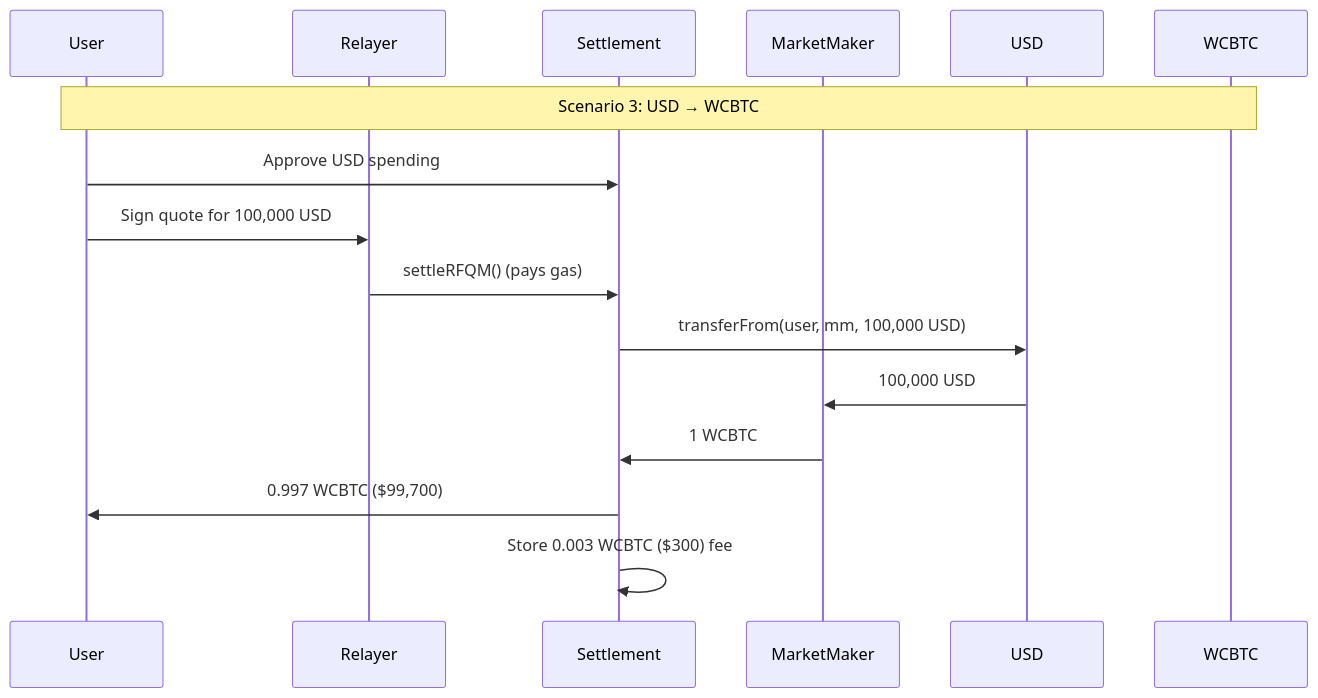
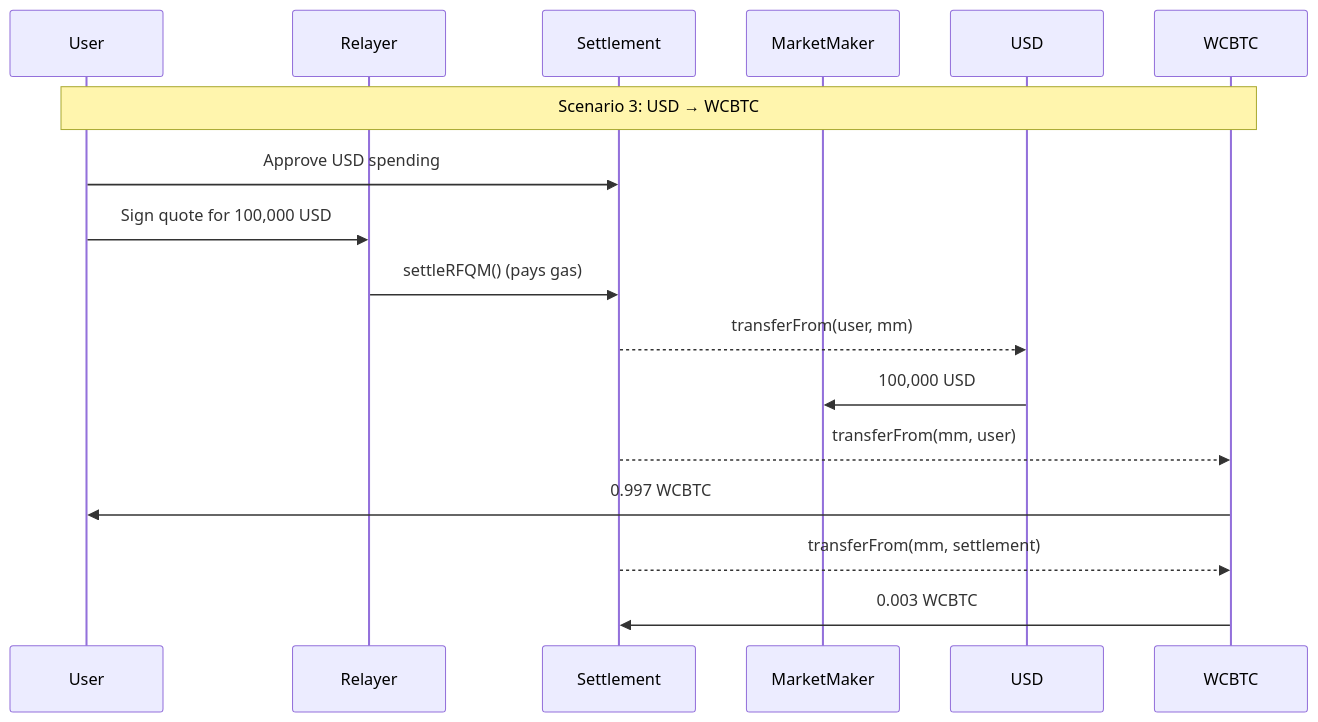
The fourth of 4 diagrams in trading/rfqm.mdx (crest-bitcoin/docs), drawn with Mermaid before and after one commit. The commit also changed other lines of this file and 2 other files, not shown here.

````diff
--- a/trading/rfqm.mdx
+++ b/trading/rfqm.mdx
@@ -124,19 +125,20 @@
 ```mermaid
 sequenceDiagram
     participant User
     participant Relayer
     participant Settlement
     participant MarketMaker
     participant USD
     participant WCBTC
 
     Note over User,WCBTC: Scenario 3: USD → WCBTC
     User->>Settlement: Approve USD spending
     User->>Relayer: Sign quote for 100,000 USD
     Relayer->>Settlement: settleRFQM() (pays gas)
-    Settlement->>USD: transferFrom(user, mm, 100,000 USD)
+    Settlement-->>USD: transferFrom(user, mm)
     USD->>MarketMaker: 100,000 USD
-    MarketMaker->>Settlement: 1 WCBTC
-    Settlement->>User: 0.997 WCBTC ($99,700)
-    Settlement->>Settlement: Store 0.003 WCBTC ($300) fee
+    Settlement-->>WCBTC: transferFrom(mm, user)
+    WCBTC->>User: 0.997 WCBTC
+    Settlement-->>WCBTC: transferFrom(mm, settlement)
+    WCBTC->>Settlement: 0.003 WCBTC
 ```
````
